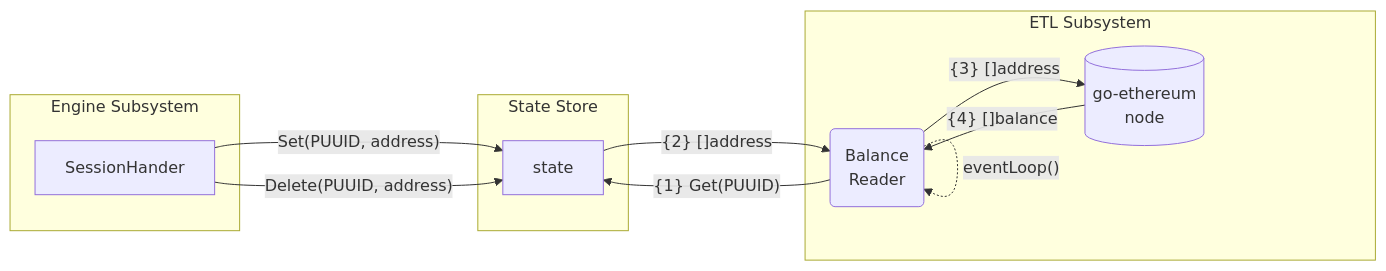
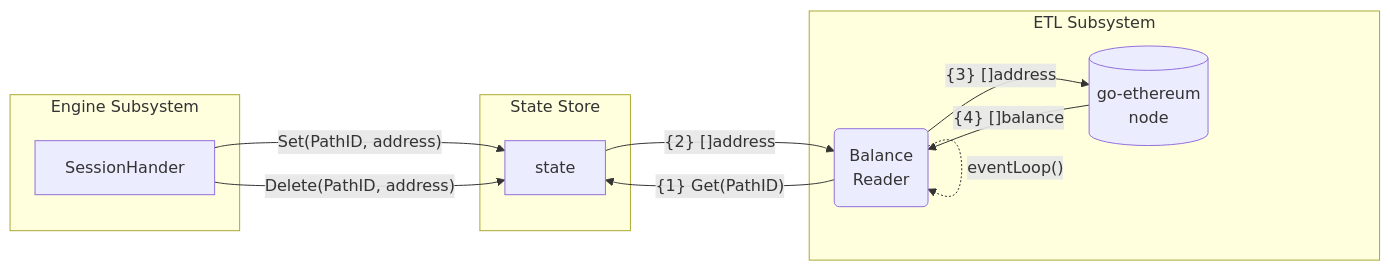
One commit to base-org/pessimism changed the fourth of 5 diagrams in docs/architecture/etl.markdown. Above: the diagram before and after it, drawn with Mermaid. The commit also changed other lines of this file and 122 other files, not shown here.

```diff
--- a/docs/architecture/etl.markdown
+++ b/docs/architecture/etl.markdown
@@ -192,26 +192,26 @@
 <div class="mermaid">
 graph LR;
     subgraph SB["State Store"]
         state
     end
 
     subgraph EM["Engine Subsystem"]
 
-        SessionHander --> |"Set(PUUID, address)"|state
-        SessionHander --> |"Delete(PUUID, address)"|state
+        SessionHander --> |"Set(PathID, address)"|state
+        SessionHander --> |"Delete(PathID, address)"|state
     end
 
     subgraph ETL["ETL Subsystem"]
 
         BO --> |"{3} []address"|GETH[("go-ethereum 
                             node")]
 
         GETH --> |"{4} []balance"|BO
 
         BO("Balance
-        Reader") --> |"{1} Get(PUUID)"|state
+        Reader") --> |"{1} Get(PathID)"|state
         BO -."eventLoop()".-> BO
 
         state --> |"{2} []address"|BO
     end
 </div>
```
